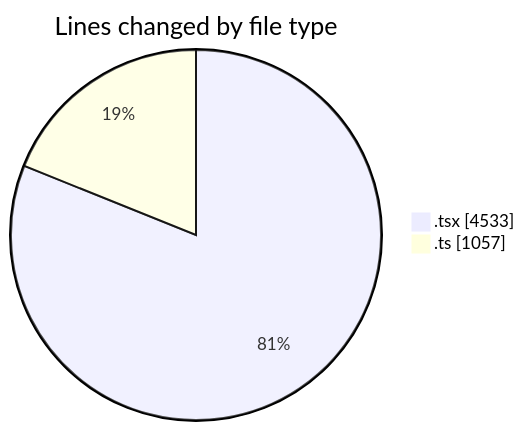
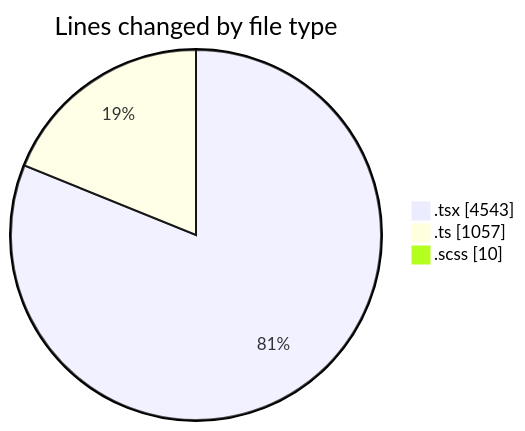
The first of 2 diagrams in 2025-07-02/cda/README.md (momahboobian/code-tracking), drawn with Mermaid before and after one commit. The commit also changed other lines of this file and 1 other file, not shown here.

````diff
--- a/2025-07-02/cda/README.md
+++ b/2025-07-02/cda/README.md
@@ -32,6 +33,7 @@
 ```mermaid
 pie showData
 title Lines changed by file type
-".tsx" : 4533
+".tsx" : 4543
 ".ts" : 1057
+".scss" : 10
 ```
````
